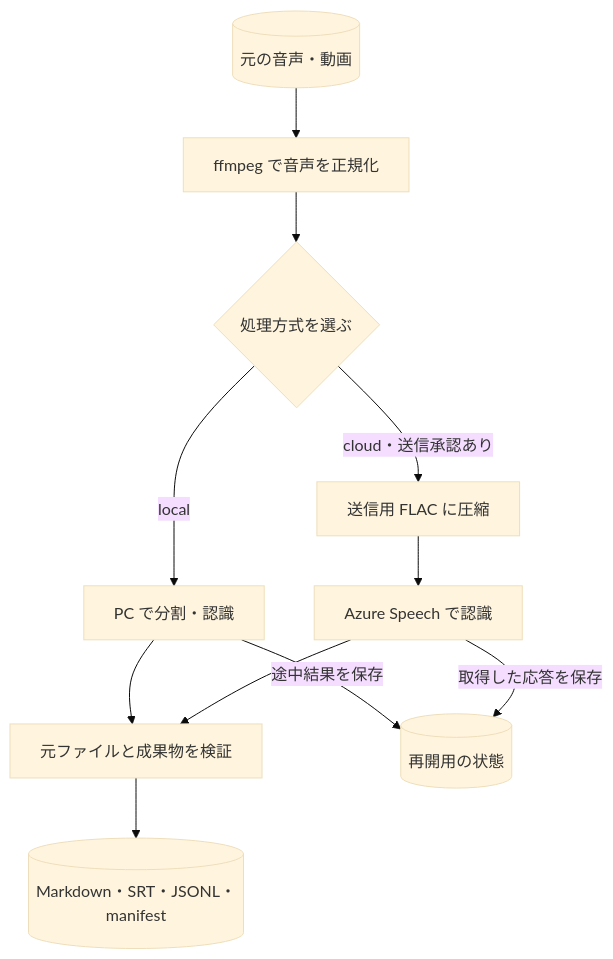
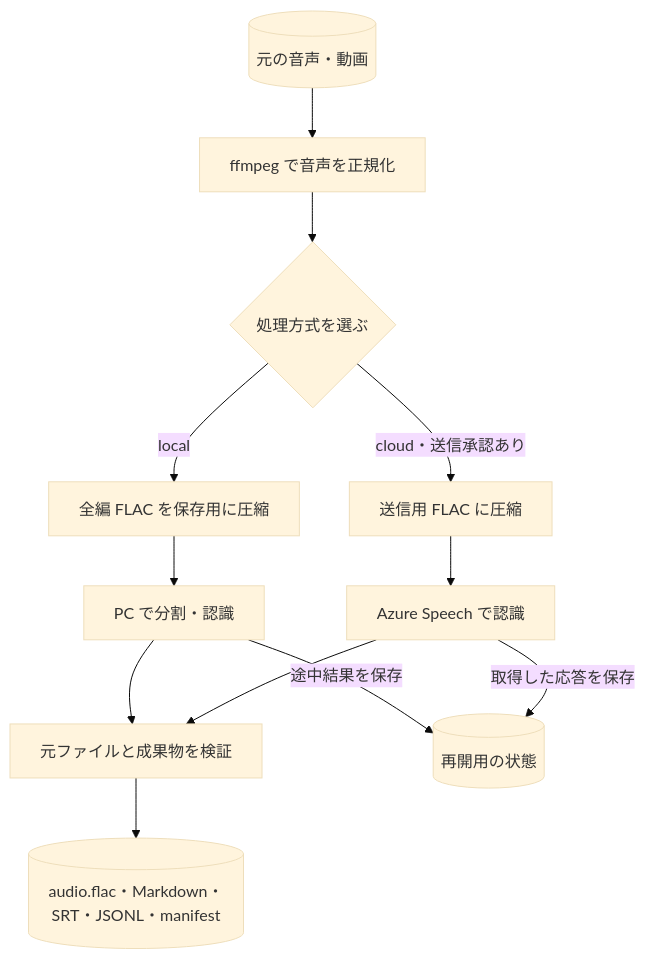
One commit to tuckn/tkn_audio_transcriber changed the diagram in README.md. Above: the diagram before and after it, drawn with Mermaid (base theme). The commit also changed other lines of this file and 16 other files, not shown here.

````diff
--- a/README.md
+++ b/README.md
@@ -28,22 +28,23 @@
 ```mermaid
 flowchart TB
     Source[("元の音声・動画")]
     Normalize["ffmpeg で音声を正規化"]
     Mode{"処理方式を選ぶ"}
     Local["PC で分割・認識"]
     Flac["送信用 FLAC に圧縮"]
     Azure["Azure Speech で認識"]
     Verify["元ファイルと成果物を検証"]
-    Outputs[("Markdown・SRT・JSONL・manifest")]
+    Outputs[("audio.flac・Markdown・SRT・JSONL・manifest")]
     State[("再開用の状態")]
 
     Source --> Normalize --> Mode
-    Mode -->|local| Local
     Mode -->|cloud・送信承認あり| Flac
     Flac --> Azure
+    Mode -->|local| Archive["全編 FLAC を保存用に圧縮"]
+    Archive --> Local
     Local --> Verify
     Azure --> Verify
     Verify --> Outputs
     Local -->|途中結果を保存| State
     Azure -->|取得した応答を保存| State
 ```
````
